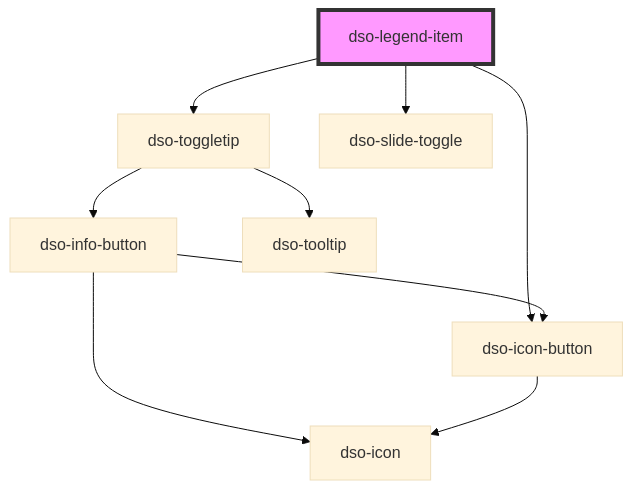
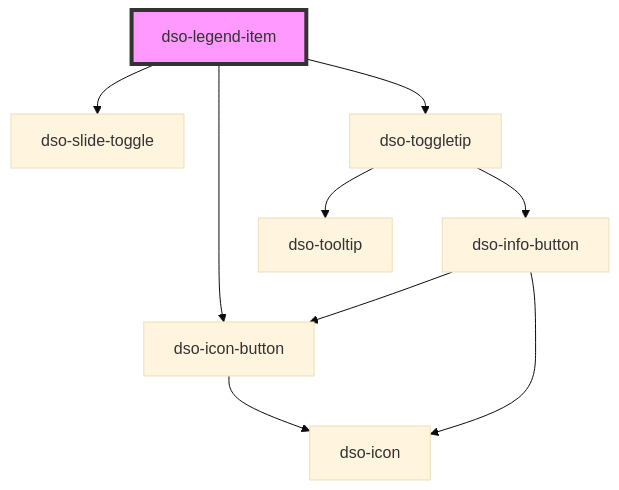
One commit to dso-toolkit/dso-toolkit changed the diagram in packages/core/src/components/legend-item/readme.md. Above: the diagram before and after it, drawn with Mermaid (base theme). The commit also changed other lines of this file and 7 other files, not shown here.

````diff
--- a/packages/core/src/components/legend-item/readme.md
+++ b/packages/core/src/components/legend-item/readme.md
@@ -44,12 +45,12 @@
 ```mermaid
 graph TD;
-  dso-legend-item --> dso-toggletip
   dso-legend-item --> dso-icon-button
   dso-legend-item --> dso-slide-toggle
+  dso-legend-item --> dso-toggletip
+  dso-icon-button --> dso-icon
   dso-toggletip --> dso-info-button
   dso-toggletip --> dso-tooltip
   dso-info-button --> dso-icon-button
   dso-info-button --> dso-icon
-  dso-icon-button --> dso-icon
   style dso-legend-item fill:#f9f,stroke:#333,stroke-width:4px
 ```
````
